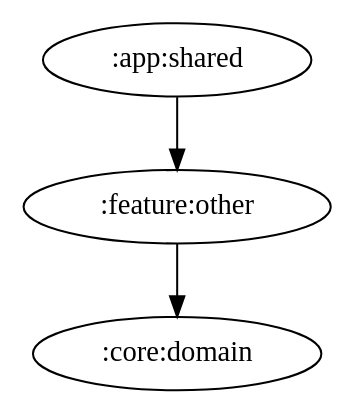
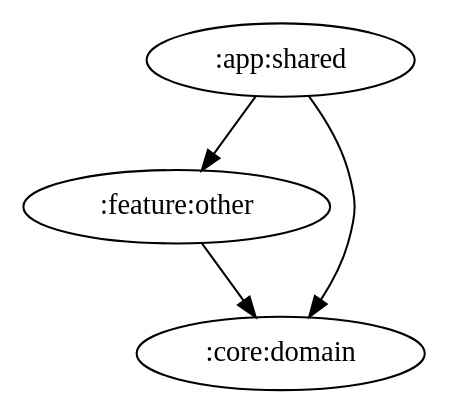
Before and after one commit to ai-kurou/KoDriver: the diagram in docs/graphs/feature-other.gv, drawn with Graphviz. The commit also changed 13 other files, not shown here.

Commit message:
chore: update module graph images [skip ci]

```diff
--- a/docs/graphs/feature-other.gv
+++ b/docs/graphs/feature-other.gv
@@ -1,4 +1,5 @@
 digraph G {
   ":app:shared" -> ":feature:other"
+  ":app:shared" -> ":core:domain"
   ":feature:other" -> ":core:domain"
 }
```
